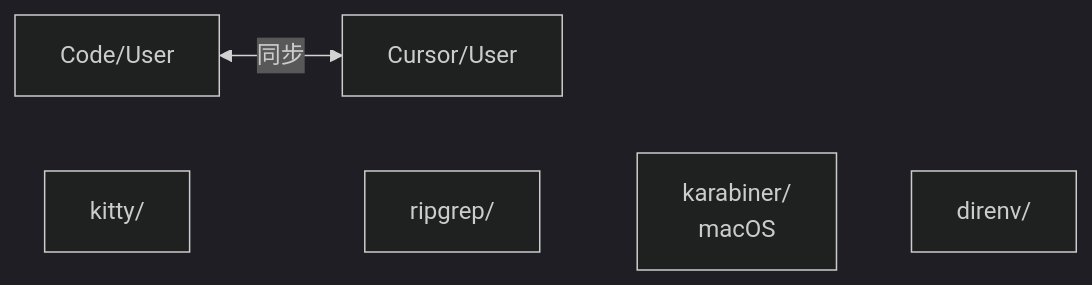
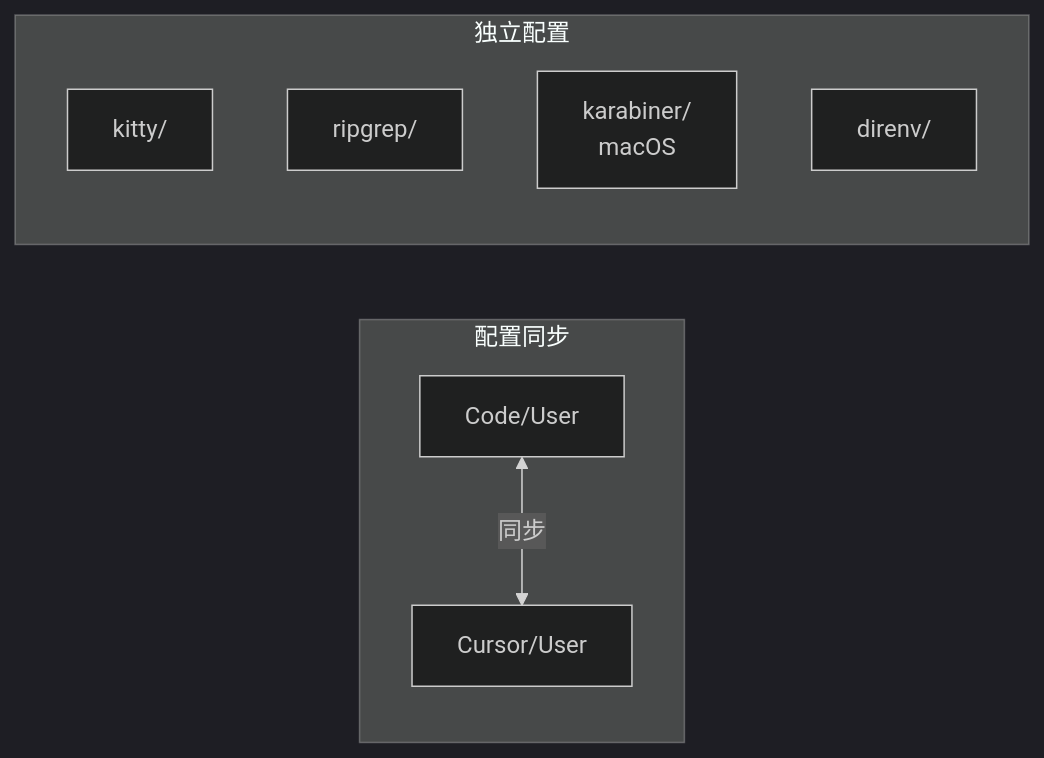
One commit to Learner-Geek-Perfectionist/Dotfiles changed the third of 3 diagrams in README.md. Above: the diagram before and after it, drawn with Mermaid (dark theme).

Commit message:
docs: 架构图应用配置区使用 subgraph 分组，替代隐形链接

````diff
--- a/README.md
+++ b/README.md
@@ -90,7 +90,12 @@
 ```mermaid
 graph LR
-    A["Code/User"] <-- "同步" --> B["Cursor/User"]
-    C["kitty/"] ~~~ D["ripgrep/"]
-    D ~~~ E["karabiner/<br/>macOS"]
-    E ~~~ F["direnv/"]
+    subgraph sync ["配置同步"]
+        A["Code/User"] <-- "同步" --> B["Cursor/User"]
+    end
+    subgraph standalone ["独立配置"]
+        C["kitty/"]
+        D["ripgrep/"]
+        E["karabiner/<br/>macOS"]
+        F["direnv/"]
+    end
 ```
````
